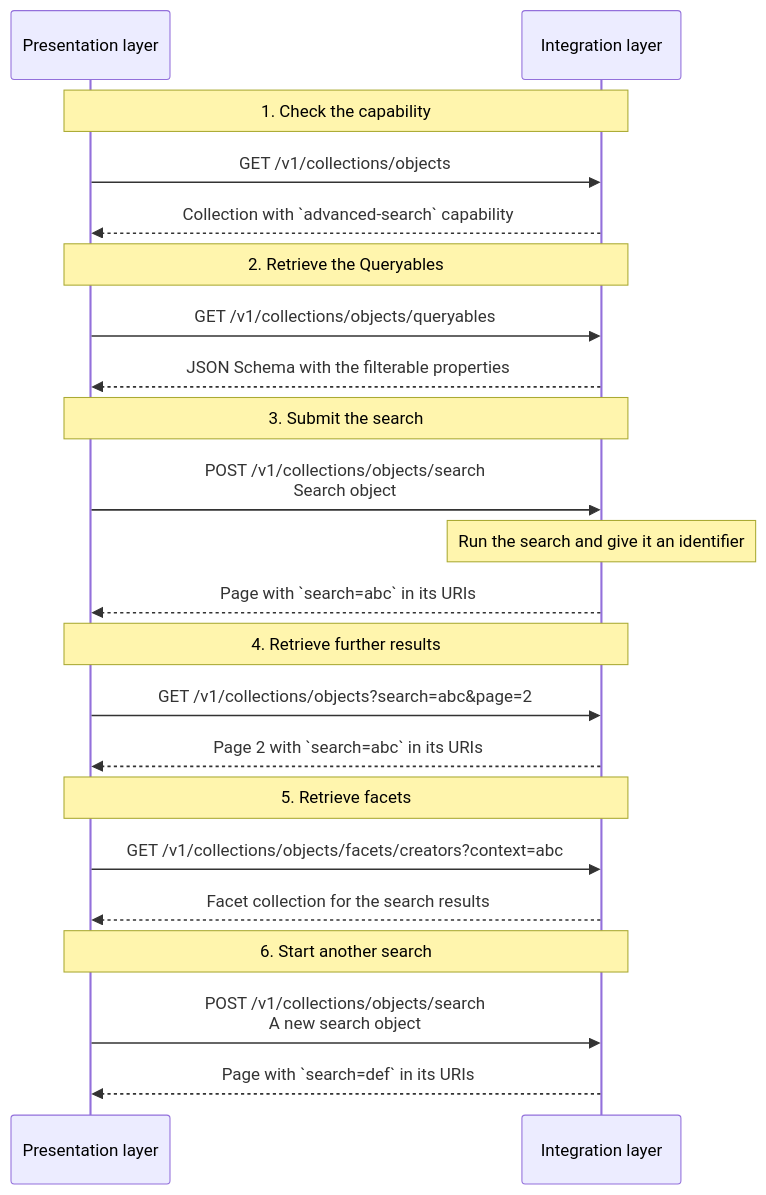
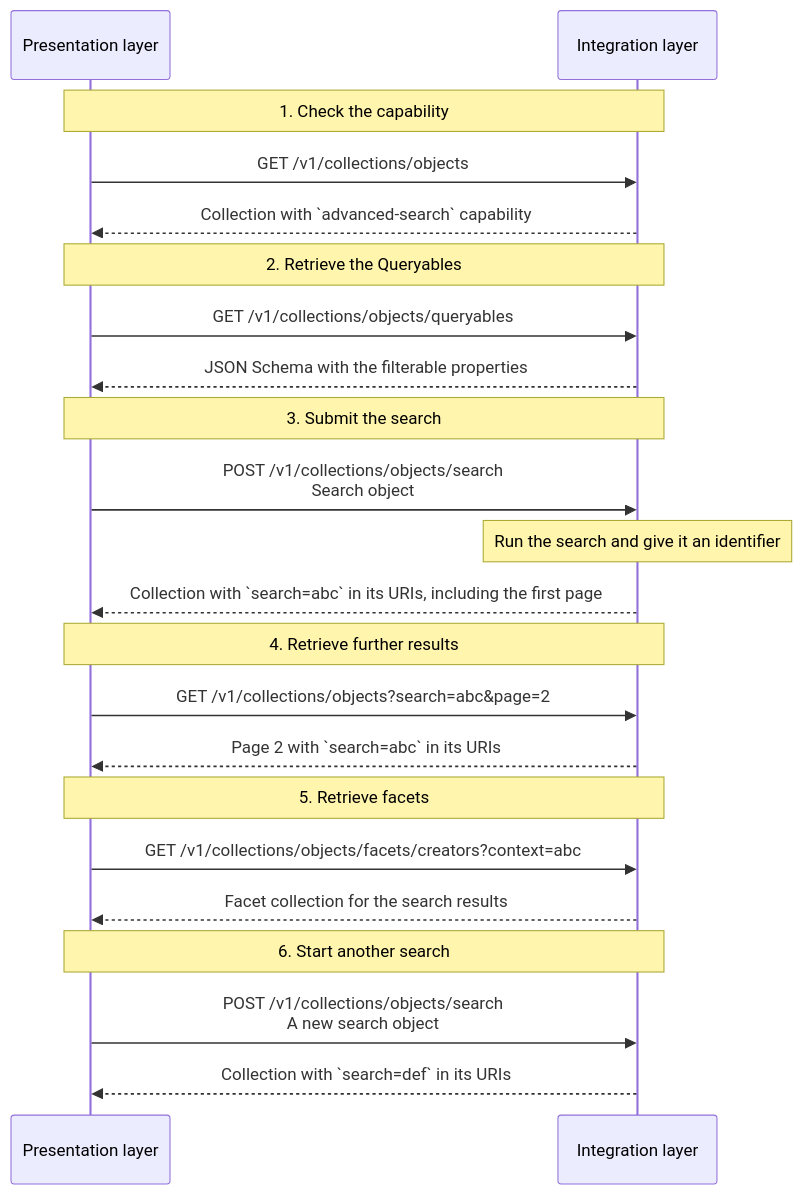
Before and after one commit to netwerk-digitaal-erfgoed/netwerk-digitaal-erfgoed.github.io: the diagram in docs/requirements/integration-layer-api/rest/search.md, drawn with Mermaid. The commit also changed other lines of this file and 5 other files, not shown here.

````diff
--- a/docs/requirements/integration-layer-api/rest/search.md
+++ b/docs/requirements/integration-layer-api/rest/search.md
@@ -885,30 +964,30 @@
 ```mermaid
 sequenceDiagram
     participant PL as Presentation layer
     participant IL as Integration layer
 
     Note over PL,IL: 1. Check the capability
     PL->>IL: GET /v1/collections/objects
     IL-->>PL: Collection with `advanced-search` capability
 
     Note over PL,IL: 2. Retrieve the Queryables
     PL->>IL: GET /v1/collections/objects/queryables
     IL-->>PL: JSON Schema with the filterable properties
 
     Note over PL,IL: 3. Submit the search
     PL->>IL: POST /v1/collections/objects/search<br/>Search object
     Note over IL: Run the search and give it an identifier
-    IL-->>PL: Page with `search=abc` in its URIs
+    IL-->>PL: Collection with `search=abc` in its URIs, including the first page
 
     Note over PL,IL: 4. Retrieve further results
     PL->>IL: GET /v1/collections/objects?search=abc&page=2
     IL-->>PL: Page 2 with `search=abc` in its URIs
 
     Note over PL,IL: 5. Retrieve facets
     PL->>IL: GET /v1/collections/objects/facets/creators?context=abc
     IL-->>PL: Facet collection for the search results
 
     Note over PL,IL: 6. Start another search
     PL->>IL: POST /v1/collections/objects/search<br/>A new search object
-    IL-->>PL: Page with `search=def` in its URIs
+    IL-->>PL: Collection with `search=def` in its URIs
 ```
````
